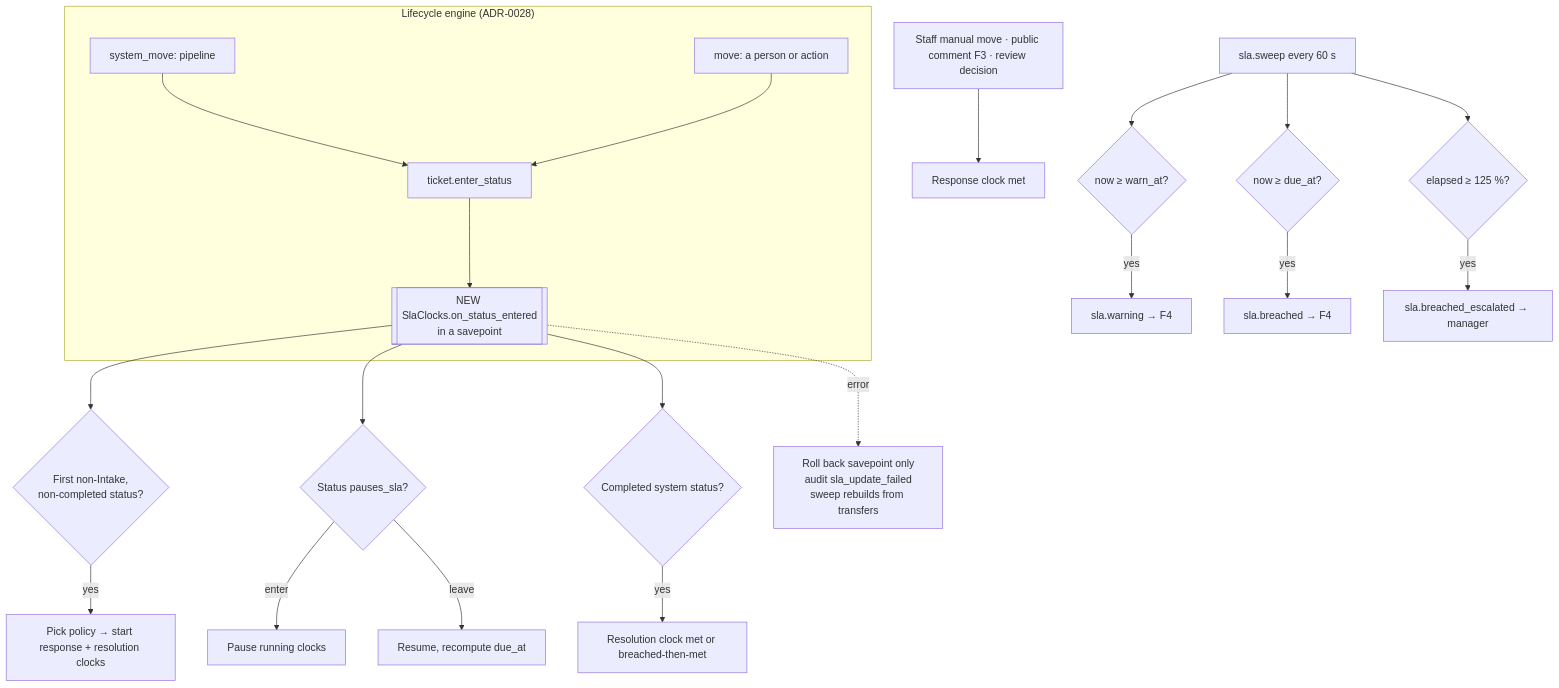
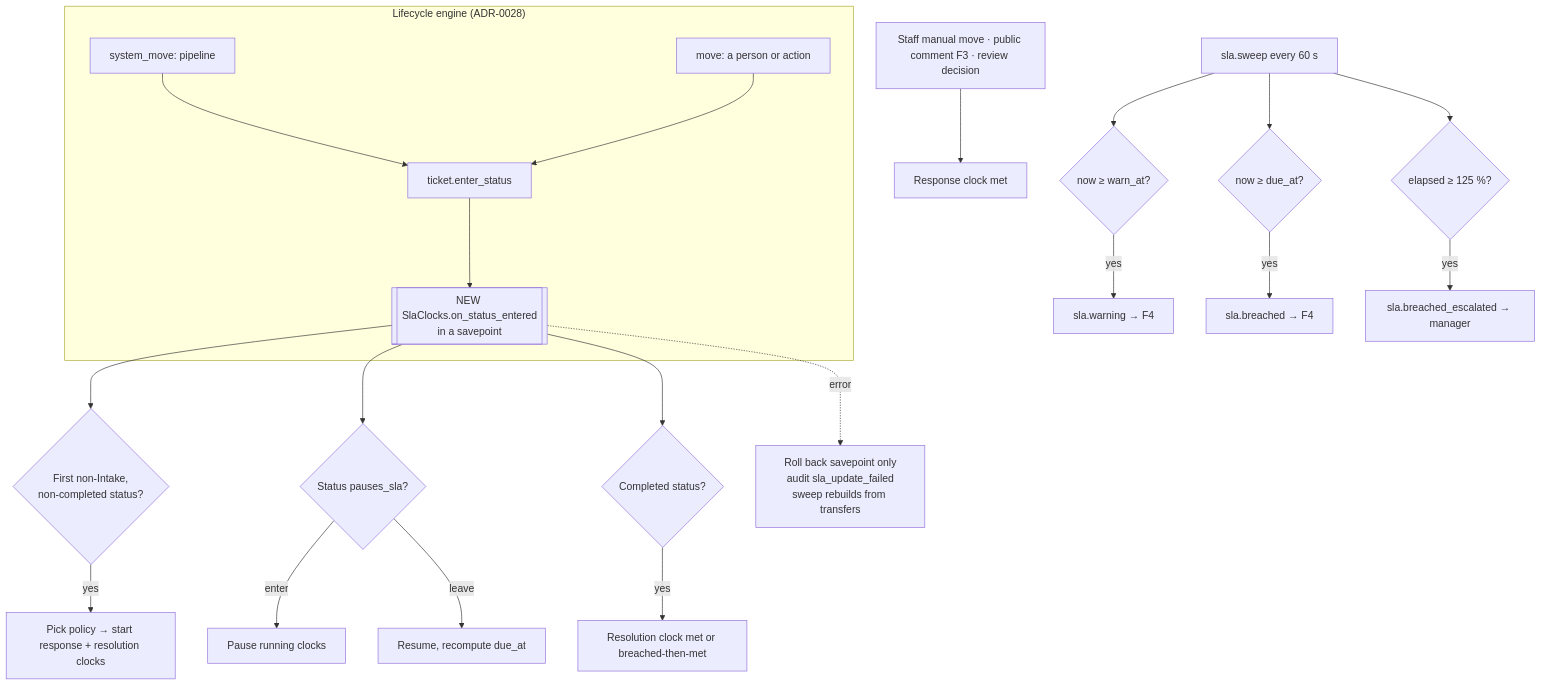
One commit to DrMartinel/smart_ticket changed the diagram in docs/requirements/phase-2/06-F1-sla.md. Above: the diagram before and after it, drawn with Mermaid. The commit also changed other lines of this file and 53 other files, not shown here.

````diff
--- a/docs/requirements/phase-2/06-F1-sla.md
+++ b/docs/requirements/phase-2/06-F1-sla.md
@@ -35,23 +35,23 @@
 ```mermaid
 flowchart TB
   subgraph LE["Lifecycle engine (ADR-0028)"]
     SM[system_move: pipeline] --> ES[ticket.enter_status]
     MV[move: a person or action] --> ES
     ES --> HOOK[[NEW SlaClocks.on_status_entered<br/>in a savepoint]]
   end
   HOOK --> Q1{First non-Intake,<br/>non-completed status?}
   Q1 -- yes --> START[Pick policy → start response + resolution clocks]
   HOOK --> Q2{Status pauses_sla?}
   Q2 -- enter --> PAUSE[Pause running clocks]
   Q2 -- leave --> RESUME[Resume, recompute due_at]
-  HOOK --> Q3{Completed system status?}
+  HOOK --> Q3{Completed status?}
   Q3 -- yes --> STOP[Resolution clock met or breached-then-met]
   R1[Staff manual move · public comment F3 · review decision] --> RESP[Response clock met]
   SW[sla.sweep every 60 s] --> W{now ≥ warn_at?}
   W -- yes --> WARN[sla.warning → F4]
   SW --> B{now ≥ due_at?}
   B -- yes --> BR[sla.breached → F4]
   SW --> E{elapsed ≥ 125 %?}
   E -- yes --> ESC[sla.breached_escalated → manager]
   HOOK -. error .-> FAIL[Roll back savepoint only<br/>audit sla_update_failed<br/>sweep rebuilds from transfers]
 ```
````
